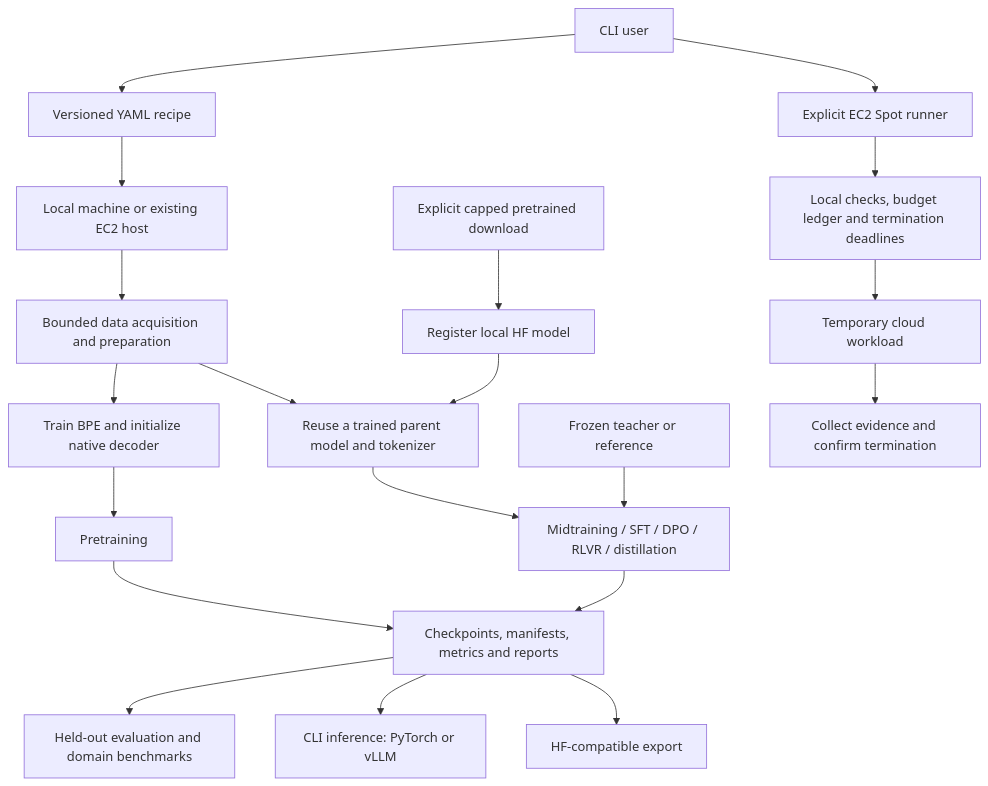
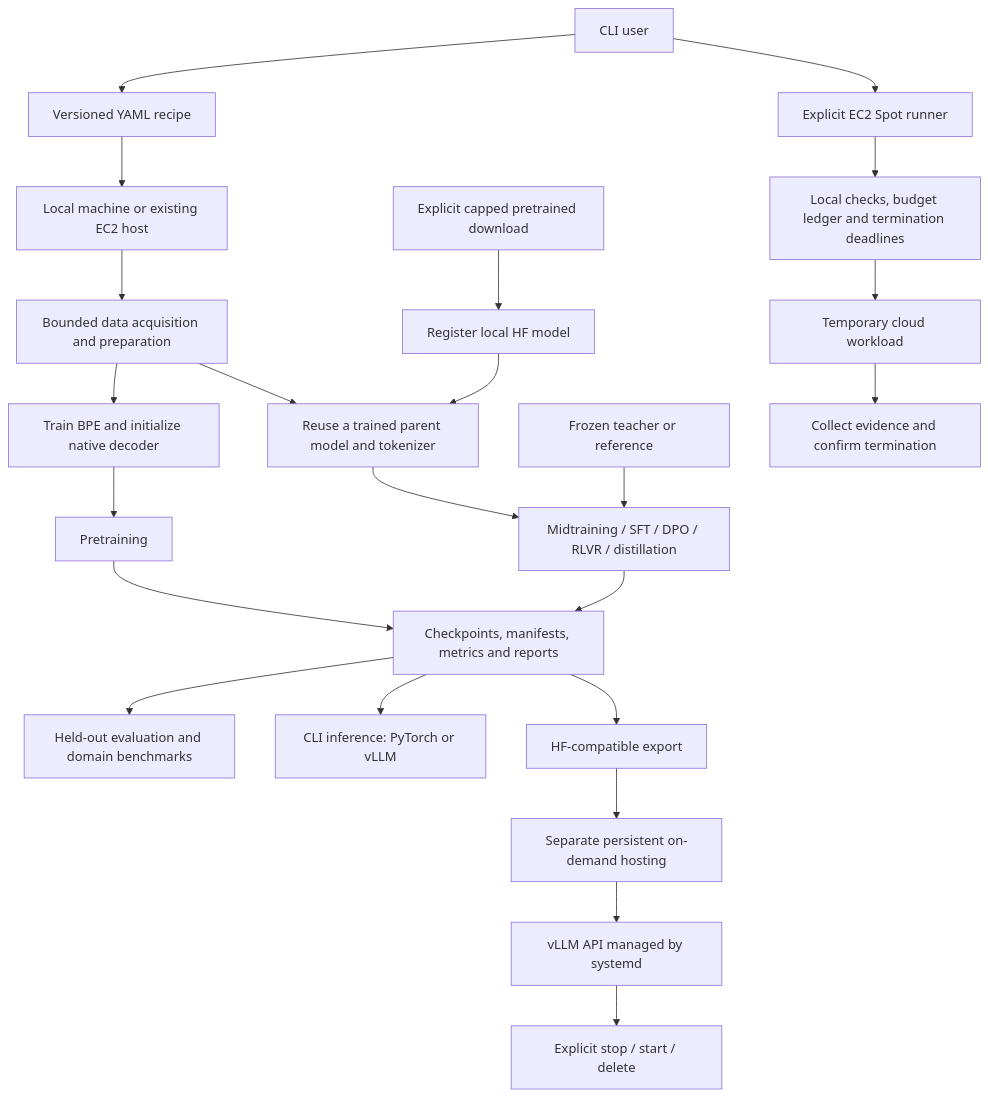
Before and after one commit to ashaytamhane/modelchef: the first of 2 diagrams in README.md, drawn with Mermaid. The commit also changed other lines of this file and 4 other files, not shown here.

Commit message:
Add persistent on-demand AWS API hosting with explicit lifecycle

````diff
--- a/README.md
+++ b/README.md
@@ -35,22 +35,25 @@
 ```mermaid
 flowchart TD
     User[CLI user] --> Recipe[Versioned YAML recipe]
     Recipe --> Local[Local machine or existing EC2 host]
     Local --> Data[Bounded data acquisition and preparation]
     Data --> Scratch[Train BPE and initialize native decoder]
     Data --> Parent[Reuse a trained parent model and tokenizer]
     Download[Explicit capped pretrained download] --> Import[Register local HF model]
     Import --> Parent
     Scratch --> Train[Pretraining]
     Parent --> Stages[Midtraining / SFT / DPO / RLVR / distillation]
     Teacher[Frozen teacher or reference] --> Stages
     Train --> Outputs[Checkpoints, manifests, metrics and reports]
     Stages --> Outputs
     Outputs --> Eval[Held-out evaluation and domain benchmarks]
     Outputs --> Chat[CLI inference: PyTorch or vLLM]
     Outputs --> Export[HF-compatible export]
     User --> AWS[Explicit EC2 Spot runner]
     AWS --> Guard[Local checks, budget ledger and termination deadlines]
     Guard --> Cloud[Temporary cloud workload]
     Cloud --> Cleanup[Collect evidence and confirm termination]
+    Export --> Hosting[Separate persistent on-demand hosting]
+    Hosting --> API[vLLM API managed by systemd]
+    API --> Explicit[Explicit stop / start / delete]
 ```
````
